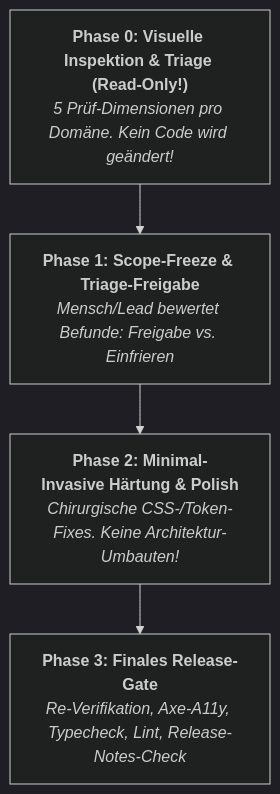
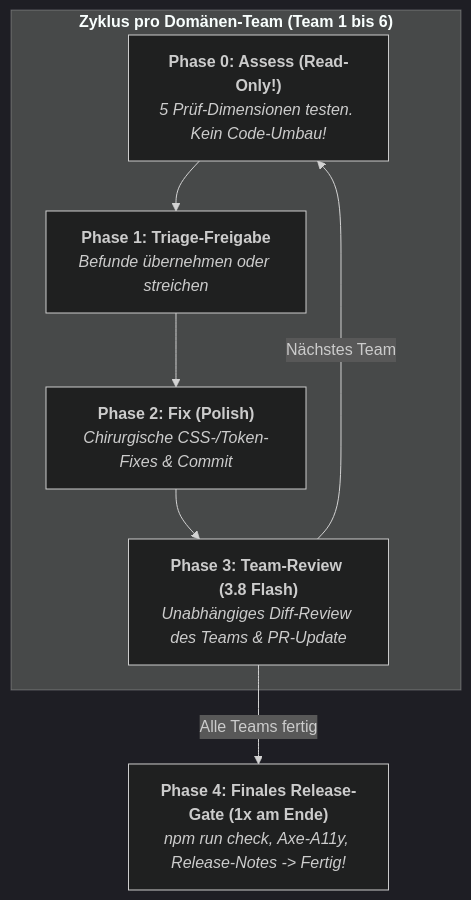
The first of 2 diagrams in docs/UI_AUDIT_GUIDE.md (dmstern/reisotor), drawn with Mermaid (dark theme) before and after one commit. The commit also changed other lines of this file and 2 other files, not shown here.

Commit message:
docs(audit): define per-team Phase 3 review (Release Audit Review) before final Phase 4 gate

````diff
--- a/docs/UI_AUDIT_GUIDE.md
+++ b/docs/UI_AUDIT_GUIDE.md
@@ -143,7 +141,11 @@
 ```mermaid
 flowchart TD
-    P0["<b>Phase 0: Visuelle Inspektion & Triage (Read-Only!)</b><br/><i>5 Prüf-Dimensionen pro Domäne. Kein Code wird geändert!</i>"]
-    P0 --> P1["<b>Phase 1: Scope-Freeze & Triage-Freigabe</b><br/><i>Mensch/Lead bewertet Befunde: Freigabe vs. Einfrieren</i>"]
-    P1 --> P2["<b>Phase 2: Minimal-Invasive Härtung & Polish</b><br/><i>Chirurgische CSS-/Token-Fixes. Keine Architektur-Umbauten!</i>"]
-    P2 --> P3["<b>Phase 3: Finales Release-Gate</b><br/><i>Re-Verifikation, Axe-A11y, Typecheck, Lint, Release-Notes-Check</i>"]
+    subgraph ProTeam["<b>Zyklus pro Domänen-Team (Team 1 bis 6)</b>"]
+        P0["<b>Phase 0: Assess (Read-Only!)</b><br/><i>5 Prüf-Dimensionen testen. Kein Code-Umbau!</i>"]
+        P0 --> P1["<b>Phase 1: Triage-Freigabe</b><br/><i>Befunde übernehmen oder streichen</i>"]
+        P1 --> P2["<b>Phase 2: Fix (Polish)</b><br/><i>Chirurgische CSS-/Token-Fixes & Commit</i>"]
+        P2 --> P3["<b>Phase 3: Team-Review (3.8 Flash)</b><br/><i>Unabhängiges Diff-Review des Teams & PR-Update</i>"]
+    end
+    P3 -->|Nächstes Team| P0
+    P3 -->|Alle Teams fertig| P4["<b>Phase 4: Finales Release-Gate (1x am Ende)</b><br/><i>npm run check, Axe-A11y, Release-Notes -> Fertig!</i>"]
 ```
````
